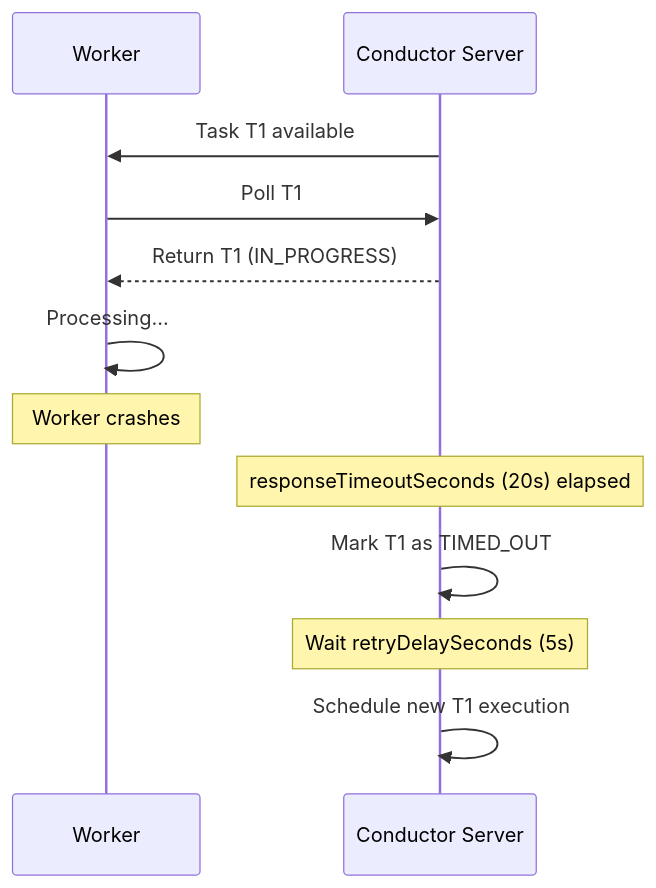
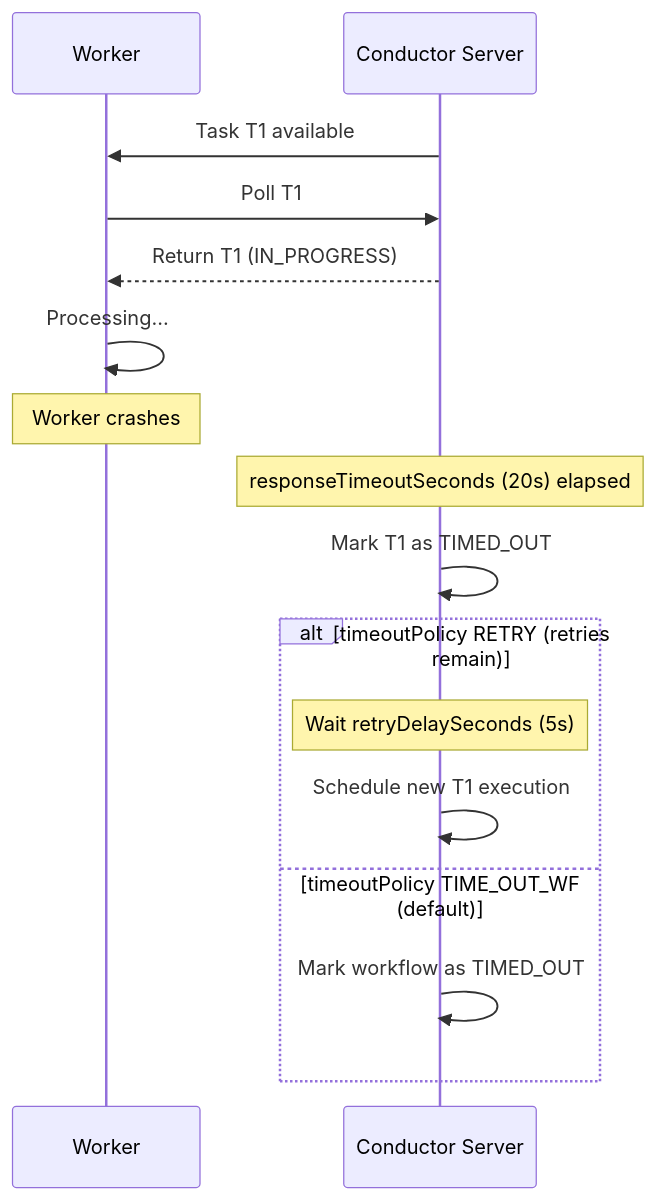
One commit to conductor-oss/conductor changed the fourth of 6 diagrams in docs/devguide/architecture/tasklifecycle.md. Above: the diagram before and after it, drawn with Mermaid. The commit also changed other lines of this file and 194 other files, not shown here.

````diff
--- a/docs/devguide/architecture/tasklifecycle.md
+++ b/docs/devguide/architecture/tasklifecycle.md
@@ -110,15 +116,19 @@
 ```mermaid
 sequenceDiagram
     participant W as Worker
     participant C as Conductor Server
 
     C->>W: Task T1 available
     W->>C: Poll T1
     C-->>W: Return T1 (IN_PROGRESS)
     W->>W: Processing...
     Note over W: Worker crashes
     Note over C: responseTimeoutSeconds (20s) elapsed
     C->>C: Mark T1 as TIMED_OUT
-    Note over C: Wait retryDelaySeconds (5s)
-    C->>C: Schedule new T1 execution
+    alt timeoutPolicy RETRY (retries remain)
+        Note over C: Wait retryDelaySeconds (5s)
+        C->>C: Schedule new T1 execution
+    else timeoutPolicy TIME_OUT_WF (default)
+        C->>C: Mark workflow as TIMED_OUT
+    end
 ```
````
